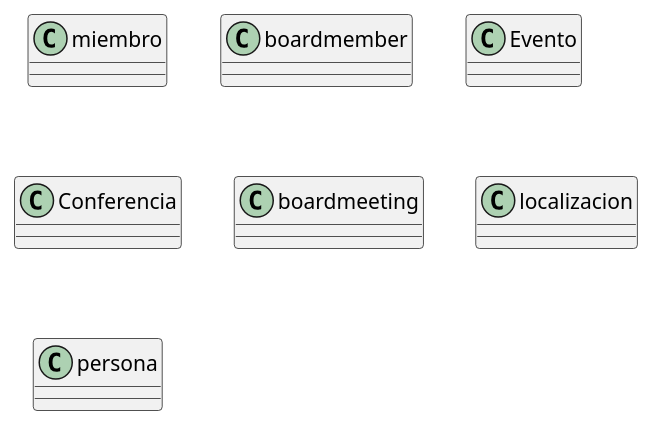
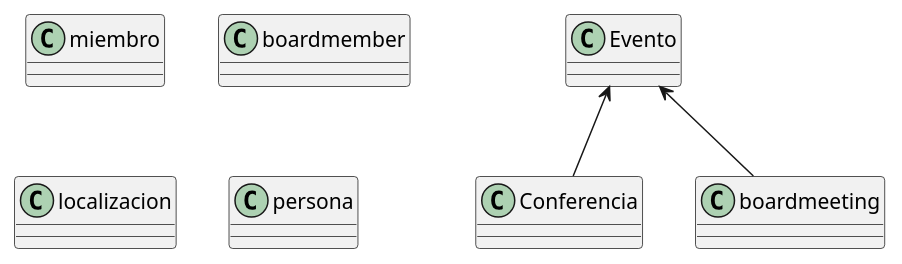
Before and after one commit to moevius237/UmlClasesPabloLopez: the diagram in src/uml.puml, drawn with PlantUML.

Commit message:
Tercer Commit , Pongo la primera relacion de herencia

```diff
--- a/src/uml.puml
+++ b/src/uml.puml
@@ -1,15 +1,16 @@
 @startuml
 class miembro{
 }
 class boardmember{
 }
-class Evento{
-}
+class Evento
+Evento <-- Conferencia
+Evento <-- boardmeeting
 class Conferencia{
 }
 class boardmeeting{
 }
 class localizacion{
 }
 class persona{}
 @enduml
```
